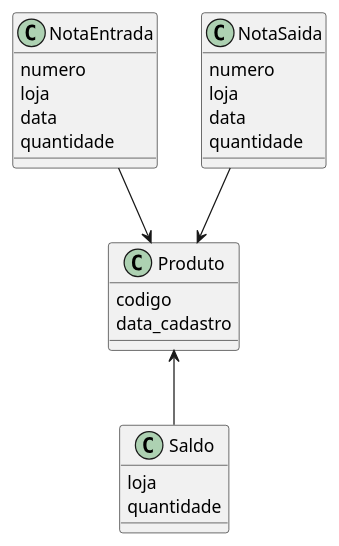
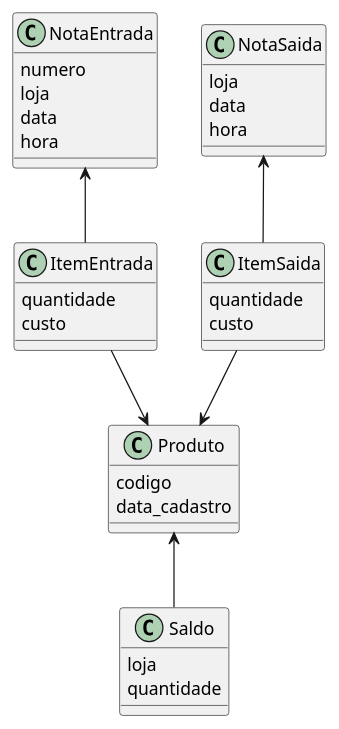
One commit to ivaneyvieira/engEstoque-Archive changed the diagram in diagramas/modelo.puml. Above: the diagram before and after it, drawn with PlantUML. The commit also changed 1 other file, not shown here.

```diff
--- a/diagramas/modelo.puml
+++ b/diagramas/modelo.puml
@@ -1,29 +1,40 @@
 @startuml
 class Produto{
 	codigo
 	data_cadastro
 }
 
+class ItemEntrada{
+	quantidade
+	custo
+}
+
 class NotaEntrada{
 	numero
 	loja
 	data
-	quantidade	
+	hora
+}
+
+class ItemSaida{
+	quantidade
+	custo
 }
 
 class NotaSaida{
-	numero
 	loja
 	data
-	quantidade	
+	hora
 }
 
 class Saldo{
 	loja
 	quantidade
 }
 
-NotaEntrada	-->	Produto
-NotaSaida	-->	Produto
+NotaEntrada	<-- ItemEntrada
+NotaSaida	<-- ItemSaida
+ItemEntrada	-->	Produto
+ItemSaida	-->	Produto
 Saldo		-u->	Produto
 @enduml
```
